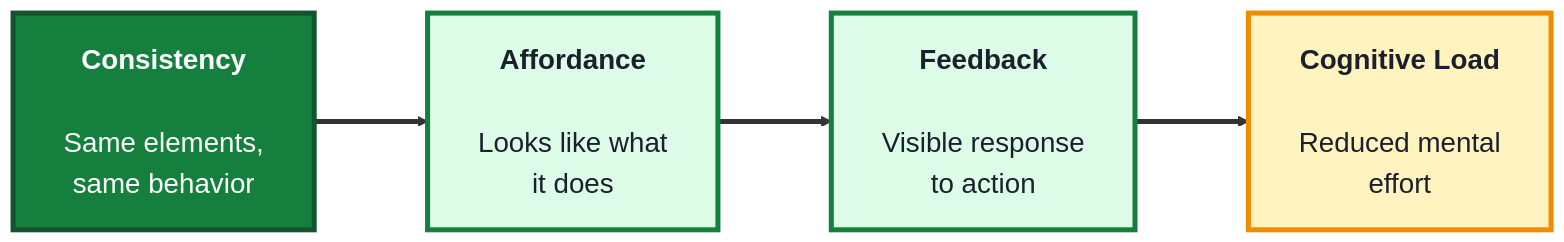
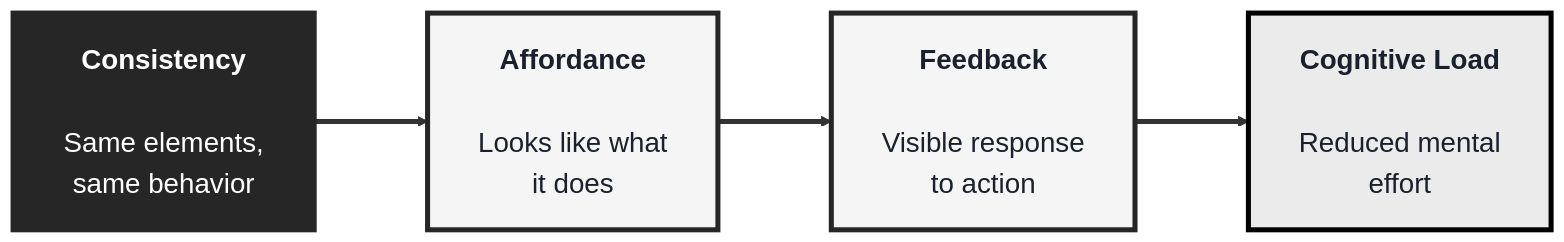
Before and after one commit to SHEMODELTECH/shemodeltech: the third of 3 diagrams in src/Pages/courses/TechPO/product-design-module.md, drawn with Mermaid. The commit also changed other lines of this file and 46 other files, not shown here.

````diff
--- a/src/Pages/courses/TechPO/product-design-module.md
+++ b/src/Pages/courses/TechPO/product-design-module.md
@@ -141,16 +141,16 @@
 ```mermaid
-%%{init: {'theme':'base', 'themeVariables': {'fontSize':'22px', 'primaryTextColor':'#1a202c', 'primaryBorderColor':'#15803d', 'lineColor':'#333333'}, 'flowchart': {'nodeSpacing': 70, 'rankSpacing': 90, 'padding': 20}}}%%
+%%{init: {'theme':'base', 'themeVariables': {'fontSize':'22px', 'primaryTextColor':'#1a202c', 'primaryBorderColor':'#262626', 'lineColor':'#333333'}, 'flowchart': {'nodeSpacing': 70, 'rankSpacing': 90, 'padding': 20}}}%%
 flowchart LR
     C["<b>Consistency</b><br/><br/>Same elements,<br/>same behavior"]
     A["<b>Affordance</b><br/><br/>Looks like what<br/>it does"]
     F["<b>Feedback</b><br/><br/>Visible response<br/>to action"]
     CL["<b>Cognitive Load</b><br/><br/>Reduced mental<br/>effort"]
 
     C ==> A ==> F ==> CL
 
-    style C fill:#15803d,color:#fff,stroke:#14532d,stroke-width:4px
-    style A fill:#dcfce7,color:#1a202c,stroke:#15803d,stroke-width:4px
-    style F fill:#dcfce7,color:#1a202c,stroke:#15803d,stroke-width:4px
-    style CL fill:#fff3bf,color:#1a202c,stroke:#f08c00,stroke-width:4px
+    style C fill:#262626,color:#fff,stroke:#262626,stroke-width:4px
+    style A fill:#F5F5F5,color:#1a202c,stroke:#262626,stroke-width:4px
+    style F fill:#F5F5F5,color:#1a202c,stroke:#262626,stroke-width:4px
+    style CL fill:#EBEBEB,color:#1a202c,stroke:#000000,stroke-width:4px
     linkStyle default stroke-width:4px,stroke:#333333
 ```
````
